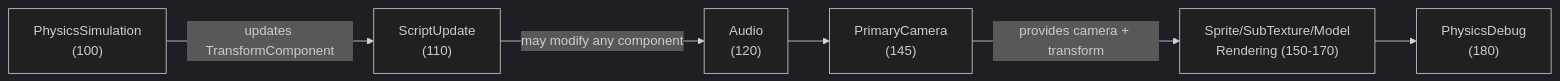
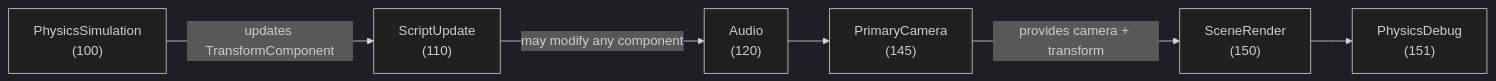
The fifth of 5 diagrams in docs/architecture/ecs-architecture.md (kateusz/GameEngine), drawn with Mermaid (dark theme) before and after one commit. The commit also changed other lines of this file and 14 other files, not shown here.

````diff
--- a/docs/architecture/ecs-architecture.md
+++ b/docs/architecture/ecs-architecture.md
@@ -256,15 +256,15 @@
 ```mermaid
 graph LR
     Physics["PhysicsSimulation<br/>(100)"]
     Scripts["ScriptUpdate<br/>(110)"]
     Audio["Audio<br/>(120)"]
     Camera["PrimaryCamera<br/>(145)"]
-    Render["Sprite/SubTexture/Model<br/>Rendering (150-170)"]
-    Debug["PhysicsDebug<br/>(180)"]
+    Render["SceneRender<br/>(150)"]
+    Debug["PhysicsDebug<br/>(151)"]
 
     Physics -->|"updates TransformComponent"| Scripts
     Scripts -->|"may modify any component"| Audio
     Audio --> Camera
     Camera -->|"provides camera + transform"| Render
     Render --> Debug
 ```
````
